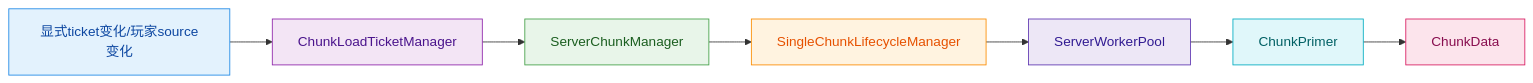
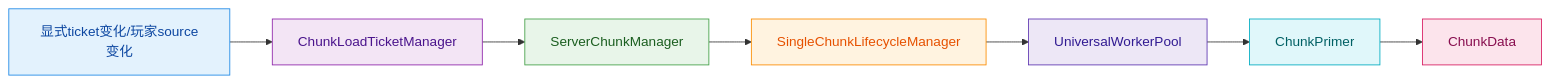
One commit to g122622/Cubium changed the diagram in src/common/world/chunk/README.md. Above: the diagram before and after it, drawn with Mermaid. The commit also changed 86 other files, not shown here.

````diff
--- a/src/common/world/chunk/README.md
+++ b/src/common/world/chunk/README.md
@@ -41,17 +41,17 @@
 ```mermaid
 flowchart LR
     A[显式ticket变化/玩家source变化] --> B[ChunkLoadTicketManager]
     B --> C[ServerChunkManager]
     C --> D[SingleChunkLifecycleManager]
-    D --> E[ServerWorkerPool]
+    D --> E[UniversalWorkerPool]
     E --> F[ChunkPrimer]
     F --> G[ChunkData]
 
     style A fill:#e3f2fd,stroke:#1e88e5,color:#0d47a1
     style B fill:#f3e5f5,stroke:#8e24aa,color:#4a148c
     style C fill:#e8f5e9,stroke:#43a047,color:#1b5e20
     style D fill:#fff3e0,stroke:#fb8c00,color:#e65100
     style E fill:#ede7f6,stroke:#5e35b1,color:#311b92
     style F fill:#e0f7fa,stroke:#00acc1,color:#006064
     style G fill:#fce4ec,stroke:#d81b60,color:#880e4f
 ```
````
